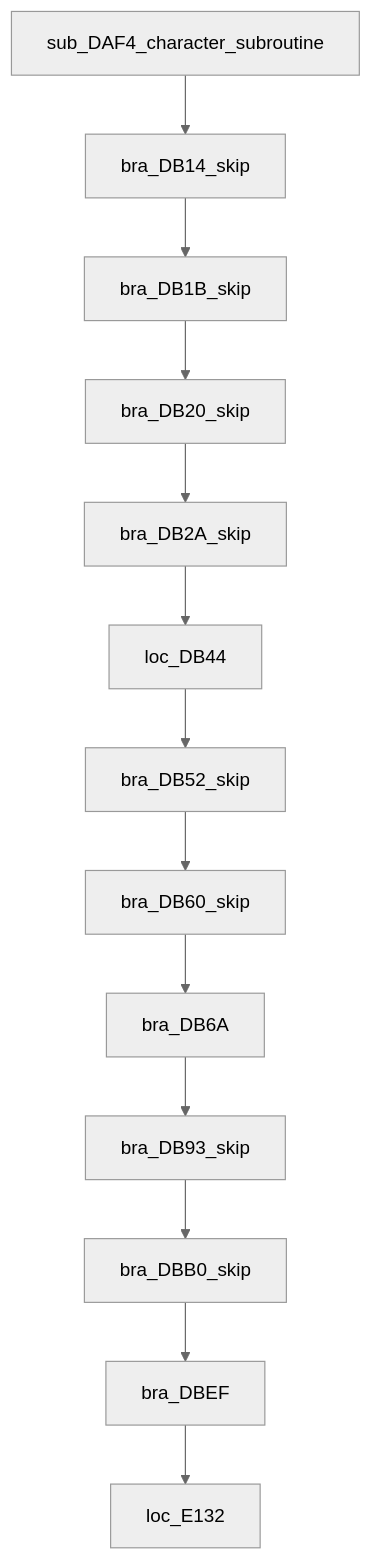
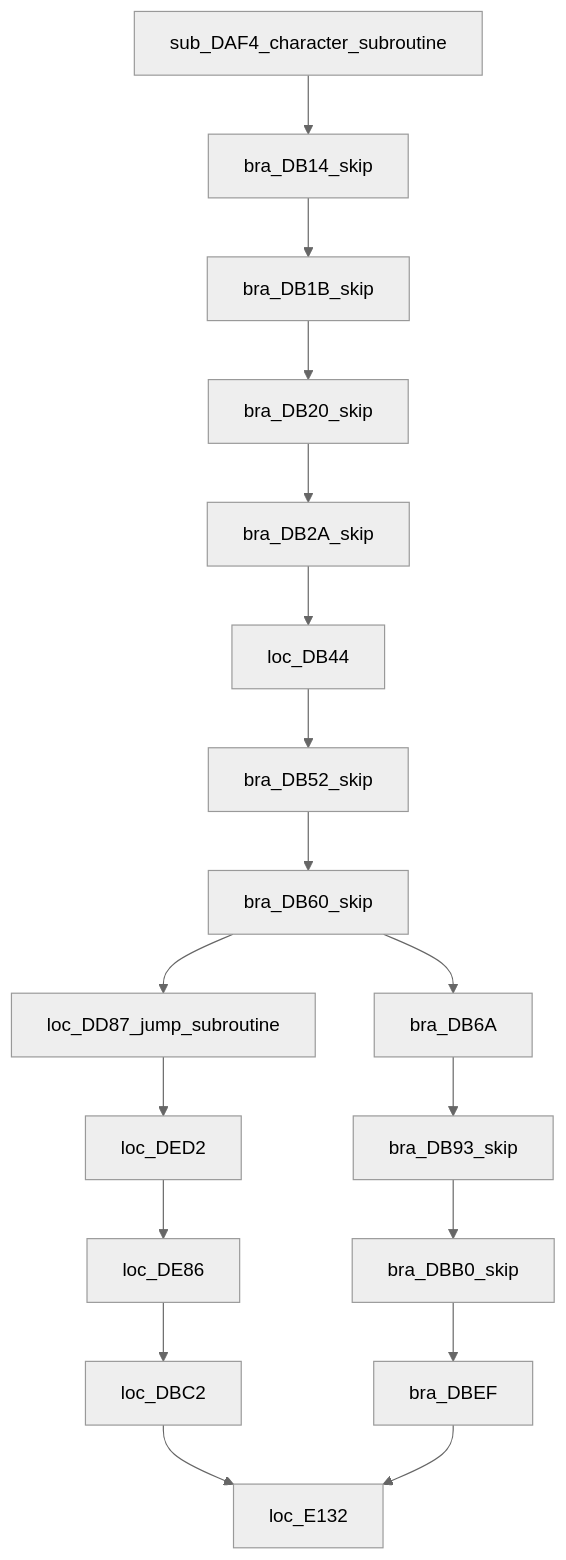
The diagram in diagrams/sub_DAF4_subroutine.mmd (PavelSha/Lupin-Sansei---Pandora-no-Isan), drawn with Mermaid (neutral theme) before and after one commit. The commit also changed 4 other files, not shown here.

```diff
--- a/diagrams/sub_DAF4_subroutine.mmd
+++ b/diagrams/sub_DAF4_subroutine.mmd
@@ -1,15 +1,20 @@
 %% This is a mermaid file (https://github.com/mermaid-js/mermaid)
 
 flowchart TD
     sub_DAF4_character_subroutine --> bra_DB14_skip
     bra_DB14_skip --> bra_DB1B_skip
     bra_DB1B_skip --> bra_DB20_skip
     bra_DB20_skip --> bra_DB2A_skip
     bra_DB2A_skip --> loc_DB44
     loc_DB44 --> bra_DB52_skip
     bra_DB52_skip --> bra_DB60_skip
     bra_DB60_skip --> bra_DB6A
+    bra_DB60_skip --> loc_DD87_jump_subroutine
+    loc_DD87_jump_subroutine --> loc_DED2
+    loc_DED2 --> loc_DE86
+    loc_DE86 --> loc_DBC2
     bra_DB6A --> bra_DB93_skip
     bra_DB93_skip --> bra_DBB0_skip
     bra_DBB0_skip --> bra_DBEF
+    loc_DBC2 --> loc_E132
     bra_DBEF --> loc_E132
```
